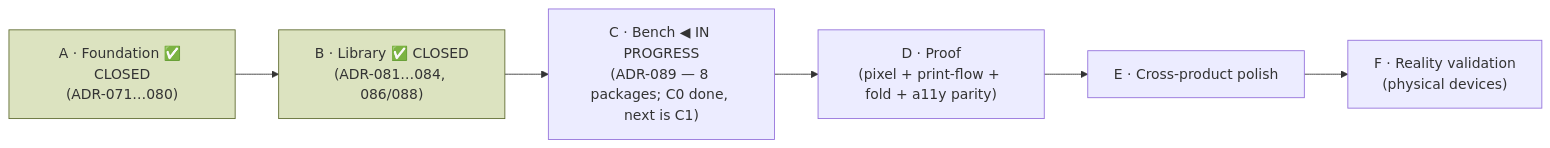
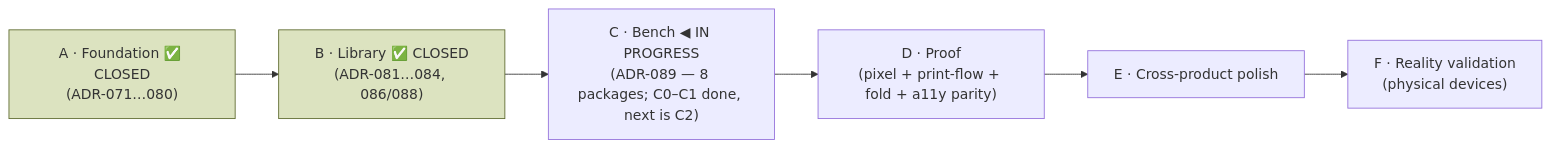
Before and after one commit to aritr-codes/zinely-android: the diagram in docs/COMPOSE-V2-ROADMAP.md, drawn with Mermaid. The commit also changed other lines of this file and 17 other files, not shown here.

````diff
--- a/docs/COMPOSE-V2-ROADMAP.md
+++ b/docs/COMPOSE-V2-ROADMAP.md
@@ -34,10 +34,10 @@
 ```mermaid
 flowchart LR
     A["A · Foundation ✅ CLOSED\n(ADR-071…080)"] --> B["B · Library ✅ CLOSED\n(ADR-081…084, 086/088)"]
-    B --> C["C · Bench ◀ IN PROGRESS\n(ADR-089 — 8 packages; C0 done, next is C1)"]
+    B --> C["C · Bench ◀ IN PROGRESS\n(ADR-089 — 8 packages; C0–C1 done, next is C2)"]
     C --> D["D · Proof\n(pixel + print-flow + fold + a11y parity)"]
     D --> E["E · Cross-product polish"]
     E --> F["F · Reality validation\n(physical devices)"]
     style A fill:#DCE3C0,stroke:#5E6B2F
     style B fill:#DCE3C0,stroke:#5E6B2F
 ```
````
